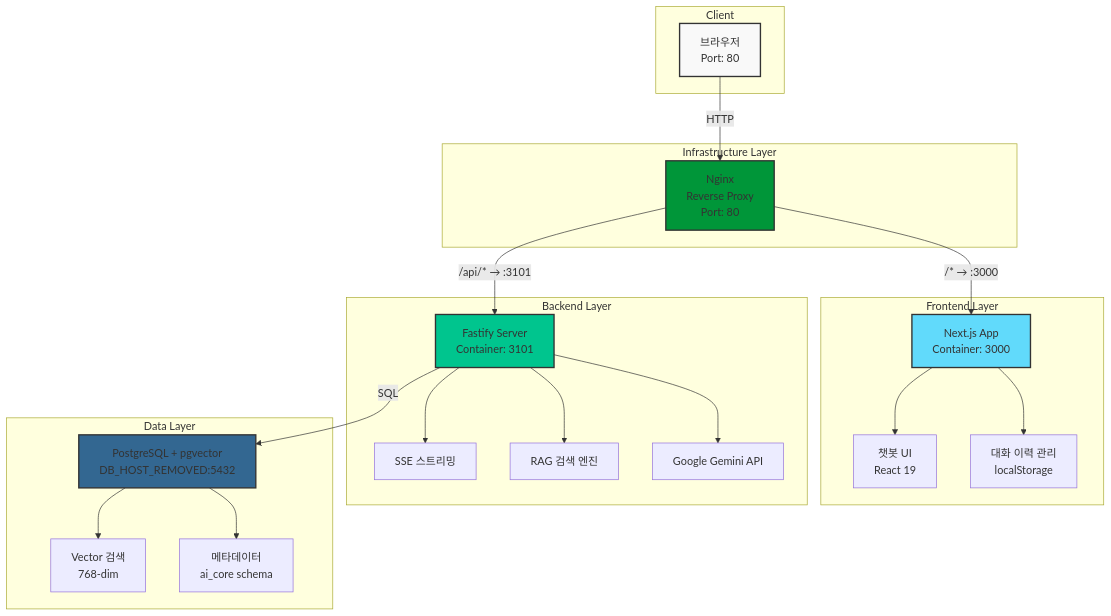
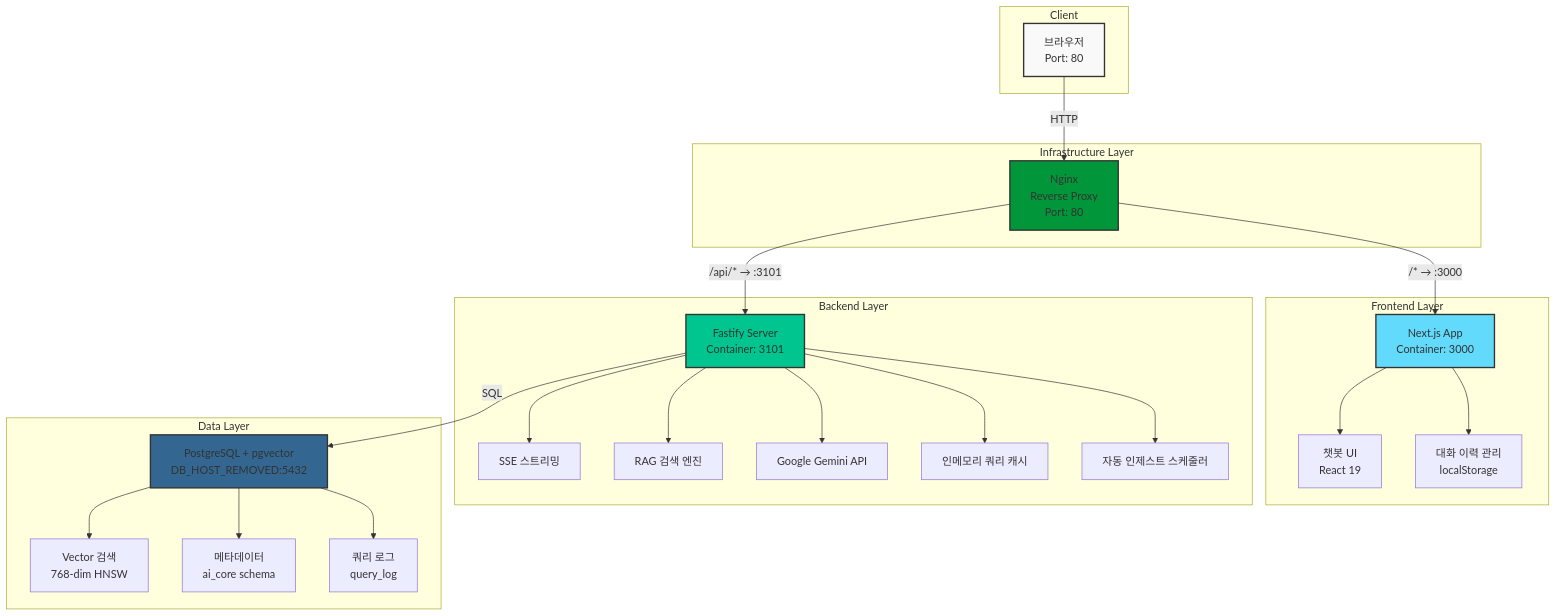
The first of 3 diagrams in README.md (jdhert/CS-ChatBot), drawn with Mermaid before and after one commit. The commit also changed other lines of this file, not shown here.

````diff
--- a/README.md
+++ b/README.md
@@ -23,47 +31,53 @@
 ```mermaid
 graph TB
     subgraph "Client"
         CLIENT[브라우저<br/>Port: 80]
     end
 
     subgraph "Infrastructure Layer"
         NGINX[Nginx<br/>Reverse Proxy<br/>Port: 80]
     end
 
     subgraph "Frontend Layer"
         A[Next.js App<br/>Container: 3000]
         A1[챗봇 UI<br/>React 19]
         A2[대화 이력 관리<br/>localStorage]
     end
 
     subgraph "Backend Layer"
         B[Fastify Server<br/>Container: 3101]
         B1[SSE 스트리밍]
         B2[RAG 검색 엔진]
         B3[Google Gemini API]
+        B4[인메모리 쿼리 캐시]
+        B5[자동 인제스트 스케줄러]
     end
 
     subgraph "Data Layer"
         C[PostgreSQL + pgvector<br/>DB_HOST_REMOVED:5432]
-        C1[Vector 검색<br/>768-dim]
+        C1[Vector 검색<br/>768-dim HNSW]
         C2[메타데이터<br/>ai_core schema]
+        C3[쿼리 로그<br/>query_log]
     end
 
     CLIENT -->|HTTP| NGINX
     NGINX -->|/* → :3000| A
     NGINX -->|/api/* → :3101| B
     A --> A1
     A --> A2
     B --> B1
     B --> B2
     B --> B3
+    B --> B4
+    B --> B5
     B -->|SQL| C
     C --> C1
     C --> C2
+    C --> C3
 
     style CLIENT fill:#f9f9f9,stroke:#333,stroke-width:2px
     style NGINX fill:#009639,stroke:#333,stroke-width:2px
     style A fill:#61dafb,stroke:#333,stroke-width:2px
     style B fill:#00c58e,stroke:#333,stroke-width:2px
     style C fill:#336791,stroke:#333,stroke-width:2px
 ```
````
